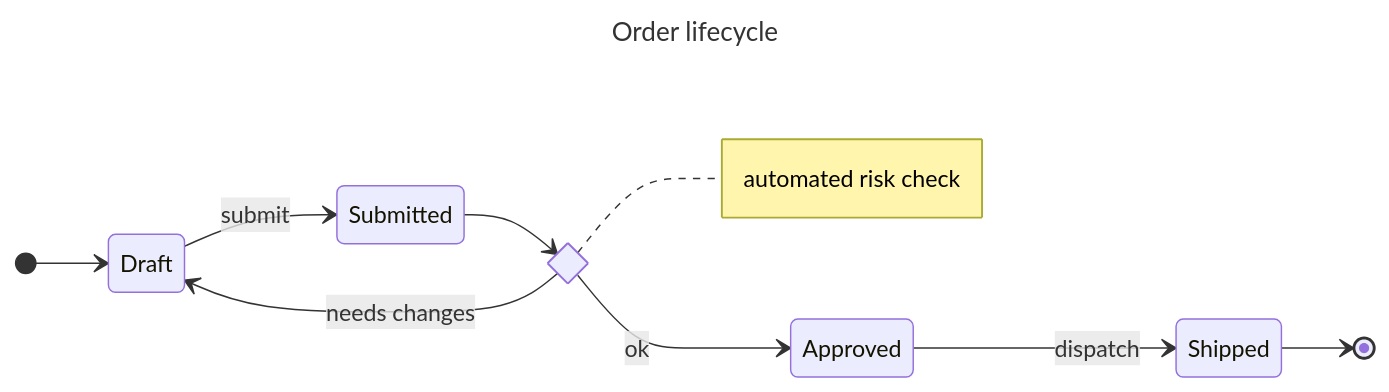
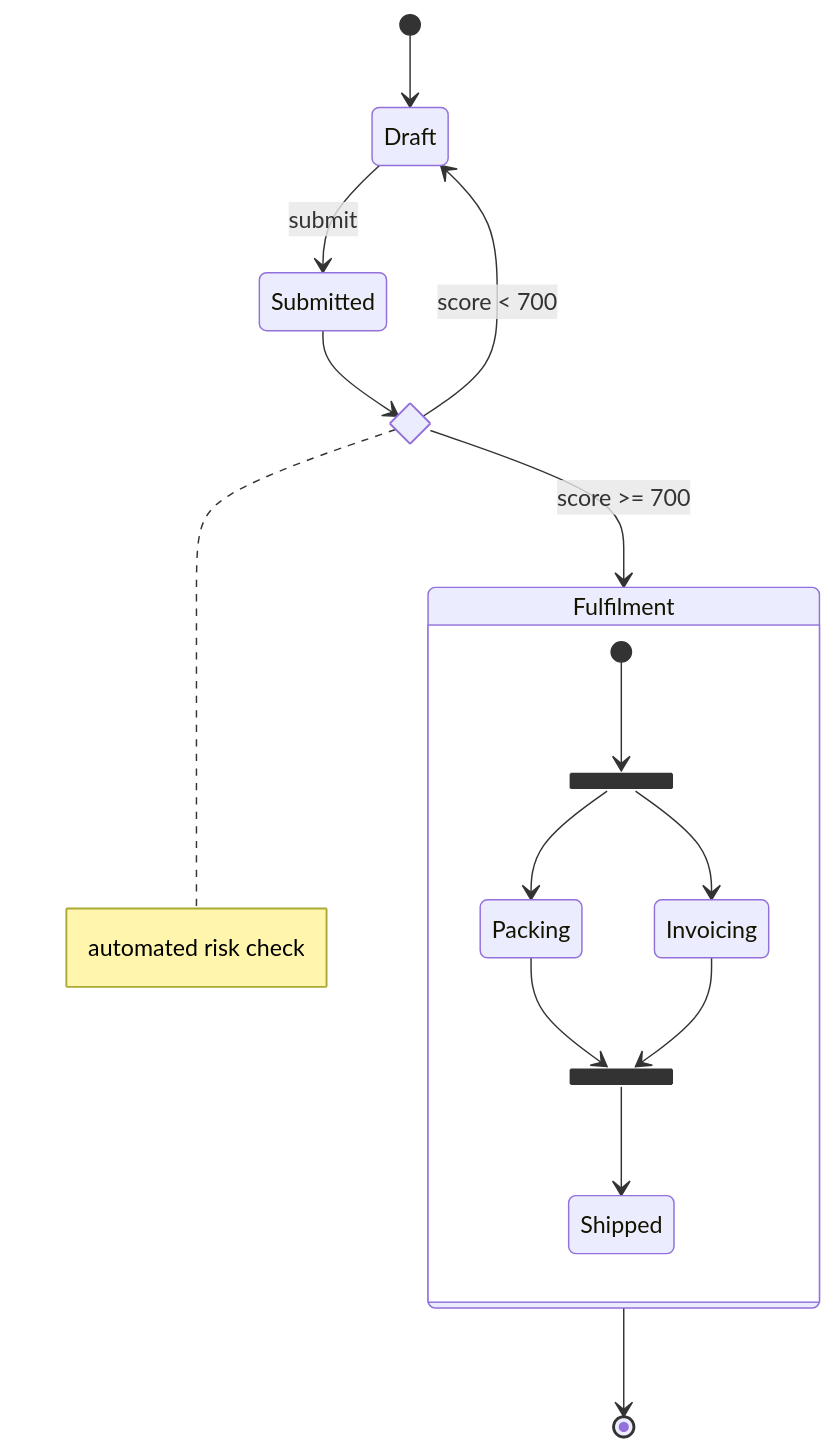
One commit to klesajos/grimoire changed the sixth of 6 diagrams in plugins/archmage/skills/mermaid/reference/state.md. Above: the diagram before and after it, drawn with Mermaid. The commit also changed other lines of this file and 85 other files, not shown here.

First line of the commit message:
Illustrate archmage reference files with example diagrams

````diff
--- a/plugins/archmage/skills/mermaid/reference/state.md
+++ b/plugins/archmage/skills/mermaid/reference/state.md
@@ -104,16 +111,24 @@
 ```mermaid
----
-title: Order lifecycle
----
 stateDiagram-v2
-  direction LR
   [*] --> Draft
   Draft --> Submitted : submit
+
   state review <<choice>>
   Submitted --> review
-  review --> Approved : ok
-  review --> Draft : needs changes
-  Approved --> Shipped : dispatch
-  Shipped --> [*]
+  review --> Fulfilment : score >= 700
+  review --> Draft : score < 700
+
+  state Fulfilment {
+    state split <<fork>>
+    state join_back <<join>>
+    [*] --> split
+    split --> Packing
+    split --> Invoicing
+    Packing --> join_back
+    Invoicing --> join_back
+    join_back --> Shipped
+  }
+
+  Fulfilment --> [*]
   note right of review : automated risk check
 ```
````
